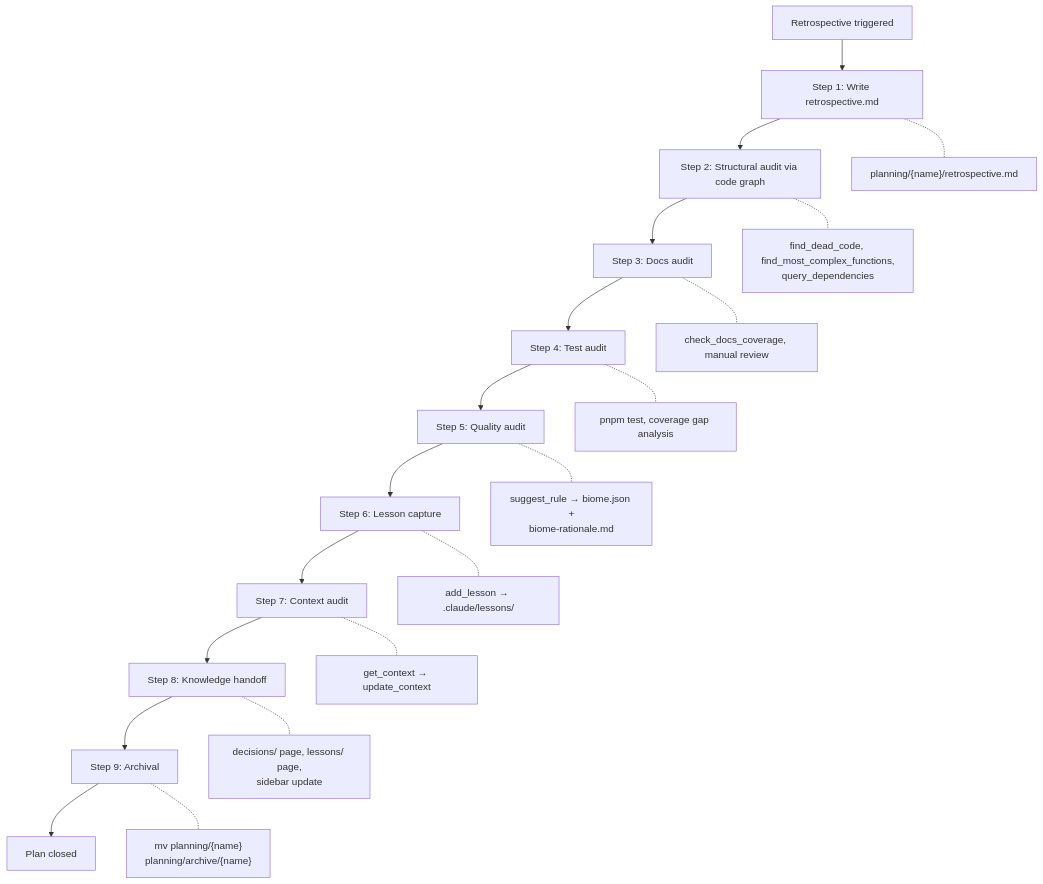
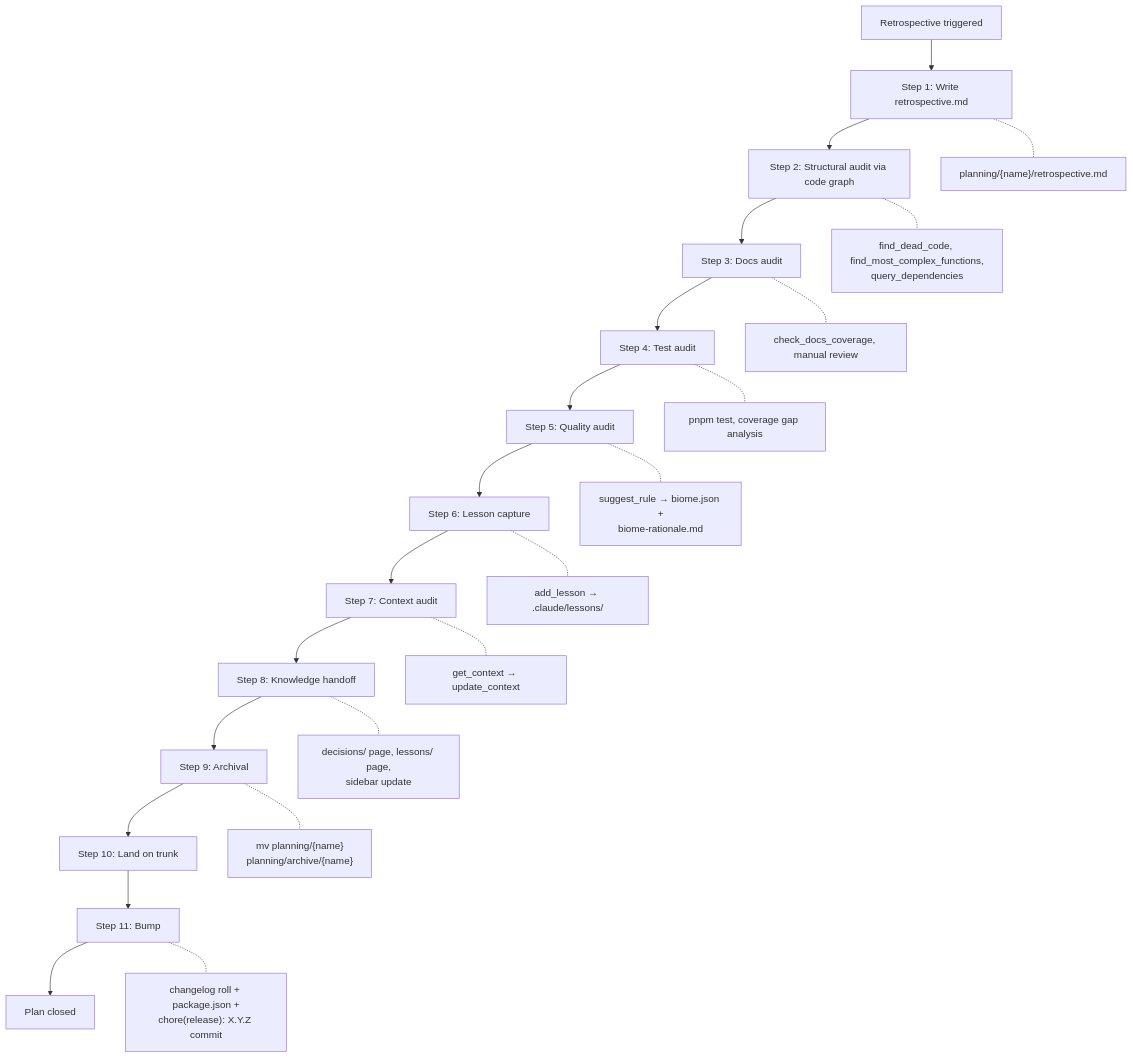
Before and after one commit to infinitedusky/indusk: the diagram in apps/docs/src/reference/skills/retrospective.md, drawn with Mermaid. The commit also changed other lines of this file, not shown here.

Commit message:
docs(release-ritual): the retrospective reference gains Steps 10 and 11 — what the bump derives and when it skips

````diff
--- a/apps/docs/src/reference/skills/retrospective.md
+++ b/apps/docs/src/reference/skills/retrospective.md
@@ -35,24 +35,27 @@
 ```mermaid
 flowchart TD
     Start["Retrospective triggered"] --> S1["Step 1: Write retrospective.md"]
     S1 --> S2["Step 2: Structural audit via code graph"]
     S2 --> S3["Step 3: Docs audit"]
     S3 --> S4["Step 4: Test audit"]
     S4 --> S5["Step 5: Quality audit"]
     S5 --> S6["Step 6: Lesson capture"]
     S6 --> S7["Step 7: Context audit"]
     S7 --> S8["Step 8: Knowledge handoff"]
     S8 --> S9["Step 9: Archival"]
-    S9 --> Done["Plan closed"]
+    S9 --> S10["Step 10: Land on trunk"]
+    S10 --> S11["Step 11: Bump"]
+    S11 --> Done["Plan closed"]
 
     S1 -.- D1["planning/{name}/retrospective.md"]
     S2 -.- D2["find_dead_code, find_most_complex_functions,\nquery_dependencies"]
     S3 -.- D3["check_docs_coverage, manual review"]
     S4 -.- D4["pnpm test, coverage gap analysis"]
     S5 -.- D5["suggest_rule → biome.json +\nbiome-rationale.md"]
     S6 -.- D6["add_lesson → .claude/lessons/"]
     S7 -.- D7["get_context → update_context"]
     S8 -.- D8["decisions/ page, lessons/ page,\nsidebar update"]
     S9 -.- D9["mv planning/{name}\nplanning/archive/{name}"]
+    S11 -.- D11["changelog roll + package.json +\nchore(release): X.Y.Z commit"]
 
 ```
````
